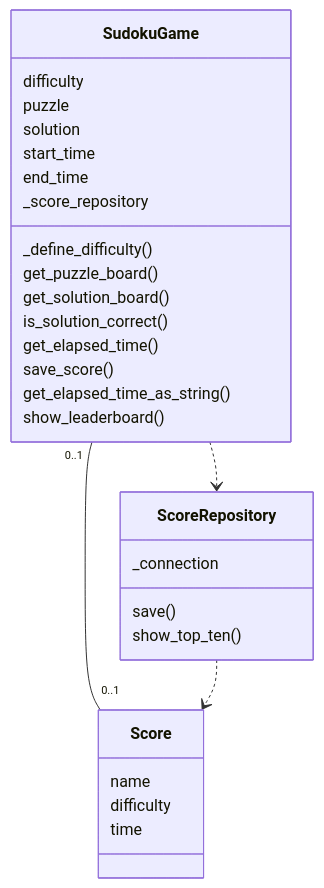
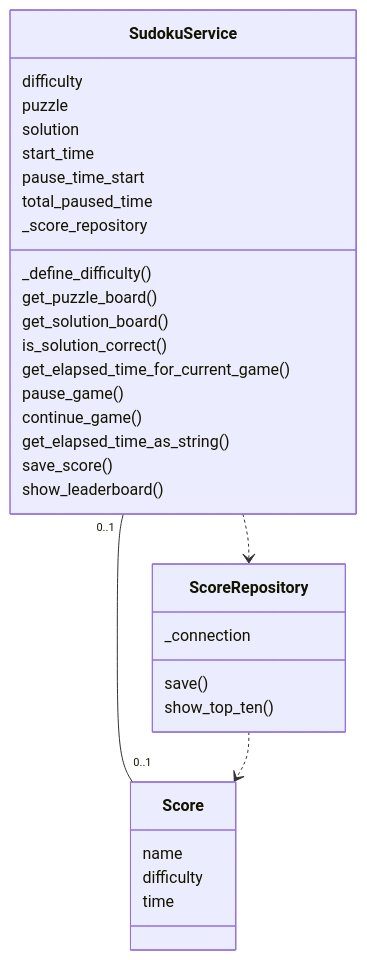
One commit to uyenmh/ot-harjoitustyo changed the first of 4 diagrams in dokumentaatio/arkkitehtuuri.md. Above: the diagram before and after it, drawn with Mermaid. The commit also changed other lines of this file and 12 other files, not shown here.

````diff
--- a/dokumentaatio/arkkitehtuuri.md
+++ b/dokumentaatio/arkkitehtuuri.md
@@ -9,32 +9,35 @@
 ```mermaid
  classDiagram
-    class SudokuGame {
+    class SudokuService {
         difficulty
         puzzle
         solution
         start_time
-        end_time
+        pause_time_start
+        total_paused_time
         _score_repository
         _define_difficulty()
         get_puzzle_board()
         get_solution_board()
         is_solution_correct()
-        get_elapsed_time()
+        get_elapsed_time_for_current_game()
+        pause_game()
+        continue_game()
+        get_elapsed_time_as_string()
         save_score()
-        get_elapsed_time_as_string()
         show_leaderboard()
     }
     class Score {
         name
         difficulty
         time
     }
     class ScoreRepository {
         _connection
         save()
         show_top_ten()
     }
-    SudokuGame "0..1" -- "0..1" Score
-    SudokuGame ..> ScoreRepository
+    SudokuService "0..1" -- "0..1" Score
+    SudokuService ..> ScoreRepository
     ScoreRepository ..> Score
 ```
````
